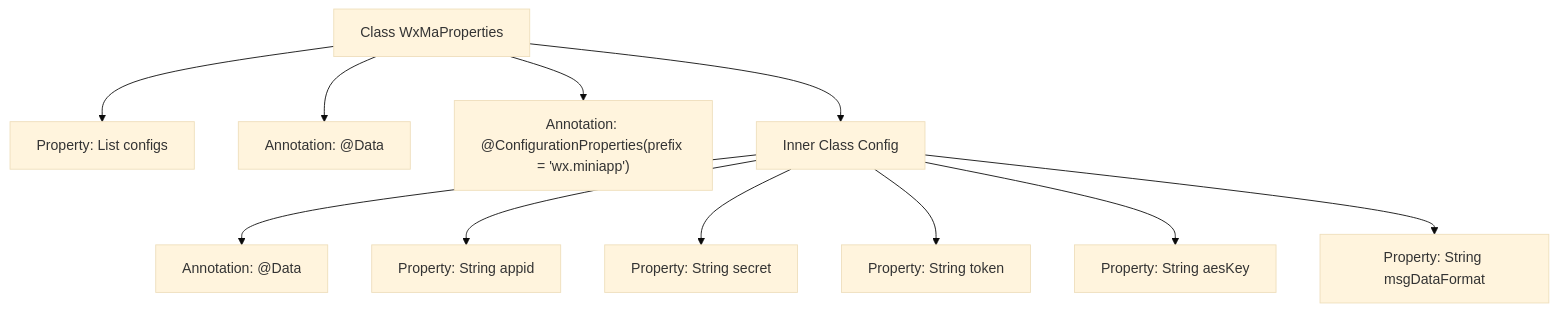
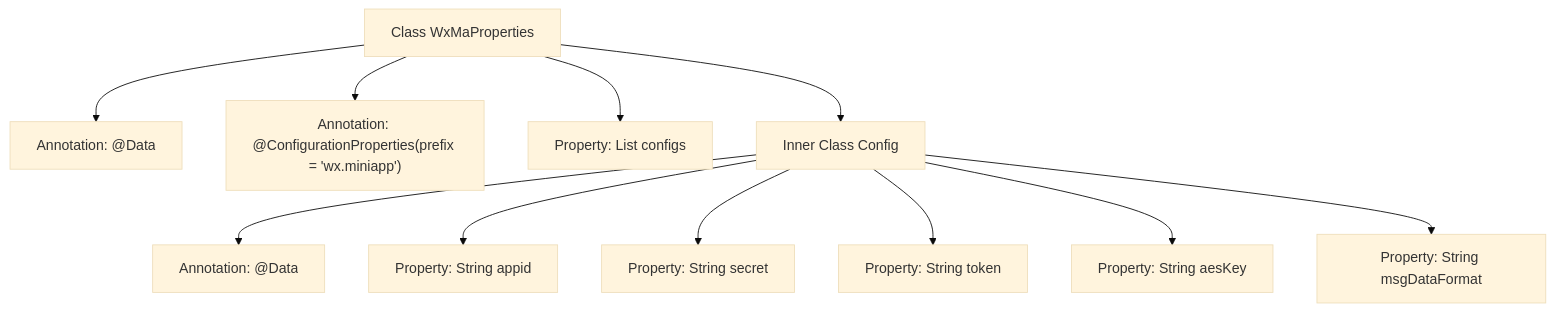
The second of 2 diagrams in docs/en/docs/src/main/java/com/github/binarywang/demo/wx/miniapp/config/WxMaProperties.md (v-wjrong/binary_weixin-java-miniapp-demo), drawn with Mermaid (base theme) before and after one commit. The commit also changed other lines of this file and 47 other files, not shown here.

````diff
--- a/docs/en/docs/src/main/java/com/github/binarywang/demo/wx/miniapp/config/WxMaProperties.md
+++ b/docs/en/docs/src/main/java/com/github/binarywang/demo/wx/miniapp/config/WxMaProperties.md
@@ -70,27 +70,25 @@
 ```mermaid
 graph TD
     A["Class WxMaProperties"]
-    B["Property: List<Config> configs"]
-    C["Annotation: @Data"]
-    D["Annotation: @ConfigurationProperties(prefix = 'wx.miniapp')"]
-    
+    B["Annotation: @Data"]
+    C["Annotation: @ConfigurationProperties(prefix = 'wx.miniapp')"]
+    D["Property: List<Config> configs"]
     E["Inner Class Config"]
-    F["Property: String appid"]
-    G["Property: String secret"]
-    H["Property: String token"]
-    I["Property: String aesKey"]
-    J["Property: String msgDataFormat"]
-    K["Annotation: @Data"]
+    F["Annotation: @Data"]
+    G["Property: String appid"]
+    H["Property: String secret"]
+    I["Property: String token"]
+    J["Property: String aesKey"]
+    K["Property: String msgDataFormat"]
 
+    A --> B
     A --> C
     A --> D
-    A --> B
     A --> E
-
-    E --> K
     E --> F
     E --> G
     E --> H
     E --> I
     E --> J
+    E --> K
 ```
````
